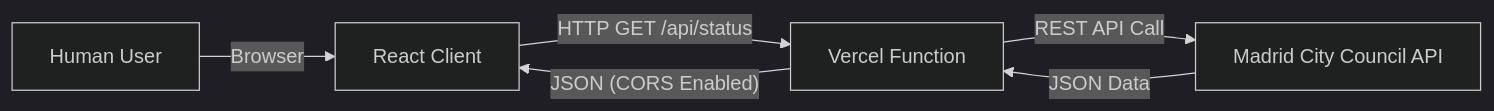
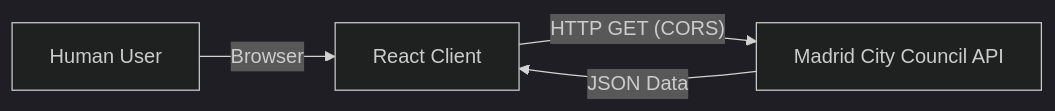
One commit to james2406/is-retiro-open changed the diagram in SDD.md. Above: the diagram before and after it, drawn with Mermaid (dark theme). The commit also changed other lines of this file and 13 other files, not shown here.

````diff
--- a/SDD.md
+++ b/SDD.md
@@ -23,8 +23,6 @@
 ```mermaid
 graph LR
     User[Human User] -- Browser --> Client[React Client]
-    Client -- HTTP GET /api/status --> Proxy[Vercel Function]
-    Proxy -- REST API Call --> API[Madrid City Council API]
-    API -- JSON Data --> Proxy
-    Proxy -- JSON (CORS Enabled) --> Client
+    Client -- HTTP GET (CORS) --> API[Madrid City Council API]
+    API -- JSON Data --> Client
 ```
````
